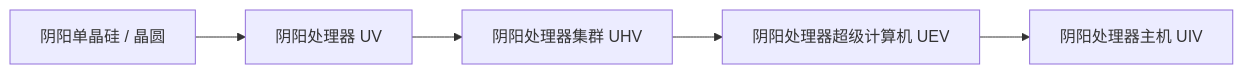
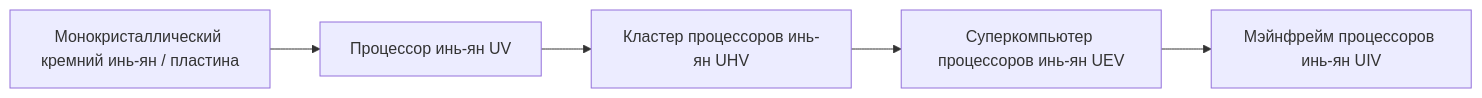
The second of 2 diagrams in docs/ru/gtecore/circuits-and-materials.md (takanashisatou/GregtechEasy-Docs), drawn with Mermaid before and after one commit. The commit also changed other lines of this file and 99 other files, not shown here.

````diff
--- a/docs/ru/gtecore/circuits-and-materials.md
+++ b/docs/ru/gtecore/circuits-and-materials.md
@@ -30,7 +30,7 @@
 ```mermaid
 graph LR
-    A[阴阳单晶硅 / 晶圆] --> B[阴阳处理器 UV]
-    B --> C[阴阳处理器集群 UHV]
-    C --> D[阴阳处理器超级计算机 UEV]
-    D --> E[阴阳处理器主机 UIV]
+    A[Монокристаллический кремний инь-ян / пластина] --> B[Процессор инь-ян UV]
+    B --> C[Кластер процессоров инь-ян UHV]
+    C --> D[Суперкомпьютер процессоров инь-ян UEV]
+    D --> E[Мэйнфрейм процессоров инь-ян UIV]
 ```
````
